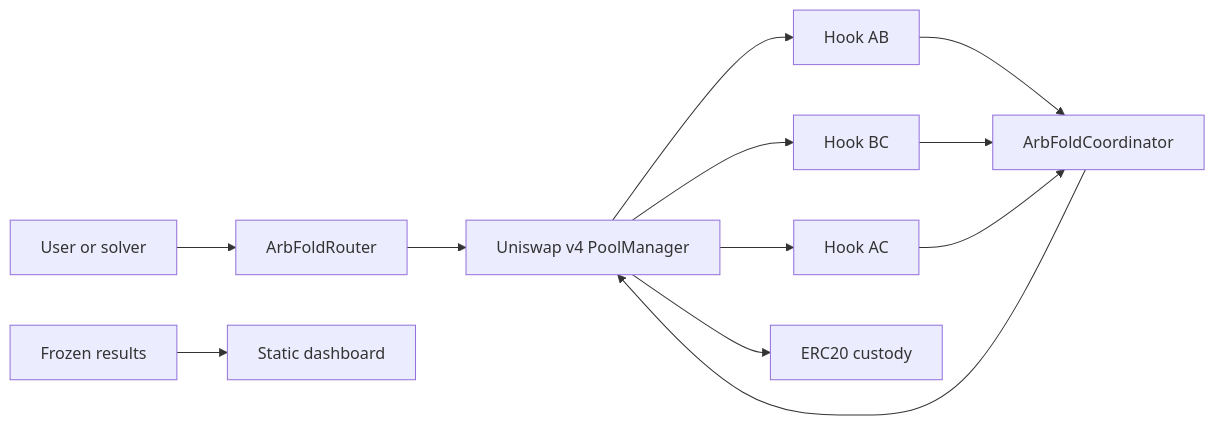
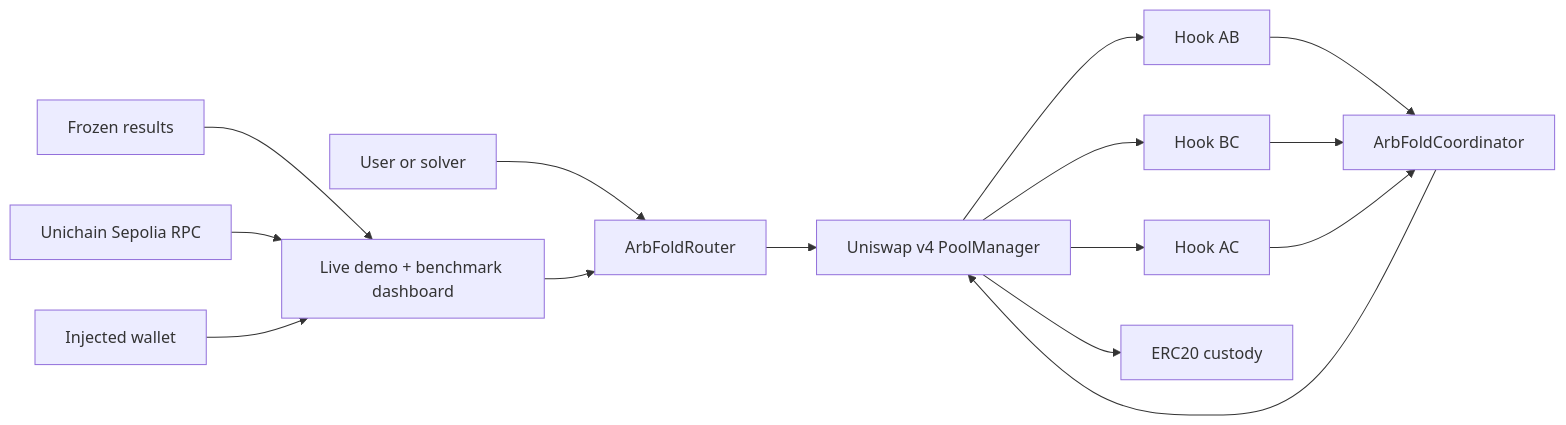
One commit to danelerr/arbfold-uhi10 changed the diagram in docs/THREAT_MODEL.md. Above: the diagram before and after it, drawn with Mermaid. The commit also changed other lines of this file and 25 other files, not shown here.

Commit message:
feat: add live ARBFOLD testnet demo

````diff
--- a/docs/THREAT_MODEL.md
+++ b/docs/THREAT_MODEL.md
@@ -62,14 +72,17 @@
 ```mermaid
 flowchart LR
     U["User or solver"] --> R["ArbFoldRouter"]
     R --> M["Uniswap v4 PoolManager"]
     M --> H1["Hook AB"]
     M --> H2["Hook BC"]
     M --> H3["Hook AC"]
     H1 --> C["ArbFoldCoordinator"]
     H2 --> C
     H3 --> C
     C --> M
     M --> T["ERC20 custody"]
-    F["Frozen results"] --> D["Static dashboard"]
+    F["Frozen results"] --> D["Live demo + benchmark dashboard"]
+    RPC["Unichain Sepolia RPC"] --> D
+    W["Injected wallet"] --> D
+    D --> R
 ```
````
